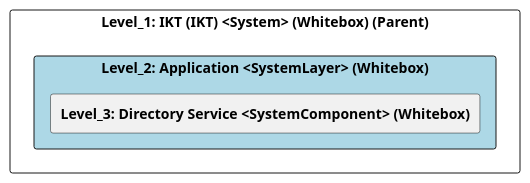
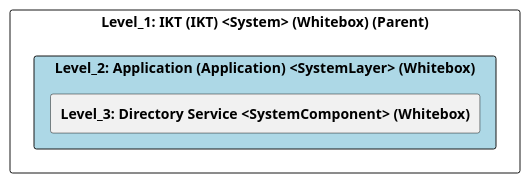
Before and after one commit to marcozwyssig/cleon: the diagram in src/cleon.architecturemethods.arc42.sample/doc/cleon_architecturemethods_arc42_sample_system/adoc/en/05_building_block_view/ikt/application/level_2_application.adoc, drawn with PlantUML. The commit also changed other lines of this file and 166 other files, not shown here.

```diff
--- a/src/cleon.architecturemethods.arc42.sample/doc/cleon_architecturemethods_arc42_sample_system/adoc/en/05_building_block_view/ikt/application/level_2_application.adoc
+++ b/src/cleon.architecturemethods.arc42.sample/doc/cleon_architecturemethods_arc42_sample_system/adoc/en/05_building_block_view/ikt/application/level_2_application.adoc
@@ -20,26 +20,26 @@
-[plantuml, Level_2: Application <SystemLayer> (Whitebox)BlockOverview, format="svg"]
+[plantuml, Level_2: Application (Application) <SystemLayer> (Whitebox)BlockOverview, format="svg"]
 ----
-@startuml Level_2: Application <SystemLayer> (Whitebox)BuildingBlockOverview
+@startuml Level_2: Application (Application) <SystemLayer> (Whitebox)BuildingBlockOverview
 
 skinparam ranksep 10
 skinparam componentStyle rectangle
 skinparam shadowing false
 skinparam arrowColor lightblue
 skinparam arrowThickness 1.2
 skinparam rectangle {
   BackgroundColor White
   BorderColor #333
   RoundCorner 10
 }
 top to bottom direction
 
 component "Level_1: IKT (IKT) <System> (Whitebox) (Parent)" {
-    component "Level_2: Application <SystemLayer> (Whitebox)" #lightblue {
+    component "Level_2: Application (Application) <SystemLayer> (Whitebox)" #lightblue {
         [**Level_3: Directory Service <SystemComponent> (Whitebox)**] as 88301D91_219A_11F0_83AE_DF5418A109A4
     }
 
     
 }
 
 @enduml
 ----
```
